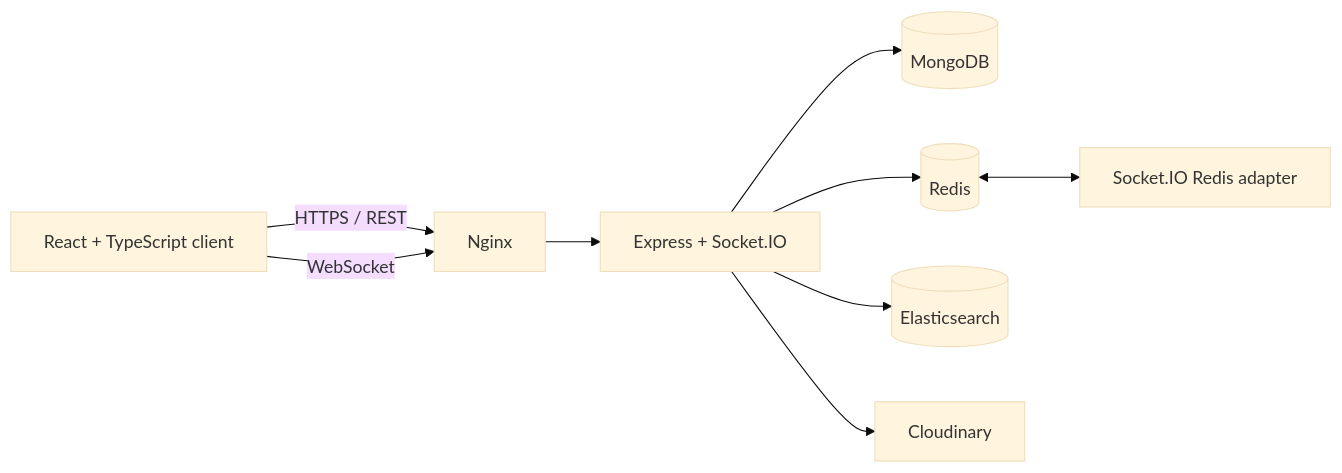
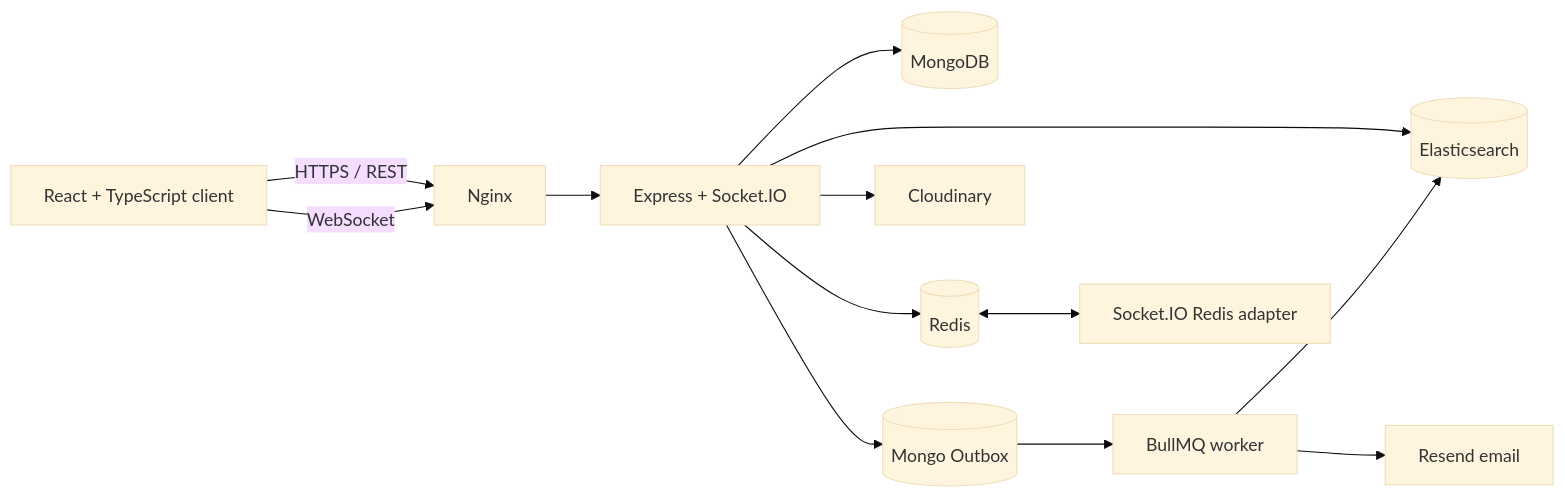
One commit to rajdeeppaul304/TribeTalk changed the diagram in README.md. Above: the diagram before and after it, drawn with Mermaid (base theme). The commit also changed other lines of this file and 99 other files, not shown here.

````diff
--- a/README.md
+++ b/README.md
@@ -17,11 +18,15 @@
 ```mermaid
 flowchart LR
   Browser[React + TypeScript client] -->|HTTPS / REST| Nginx
   Browser -->|WebSocket| Nginx
   Nginx --> API[Express + Socket.IO]
   API --> Mongo[(MongoDB)]
   API --> Redis[(Redis)]
   API --> ES[(Elasticsearch)]
   API --> Cloudinary[Cloudinary]
+  API --> Outbox[(Mongo Outbox)]
+  Outbox --> BullMQ[BullMQ worker]
+  BullMQ --> Resend[Resend email]
+  BullMQ --> ES
   Redis <--> Adapter[Socket.IO Redis adapter]
 ```
````
